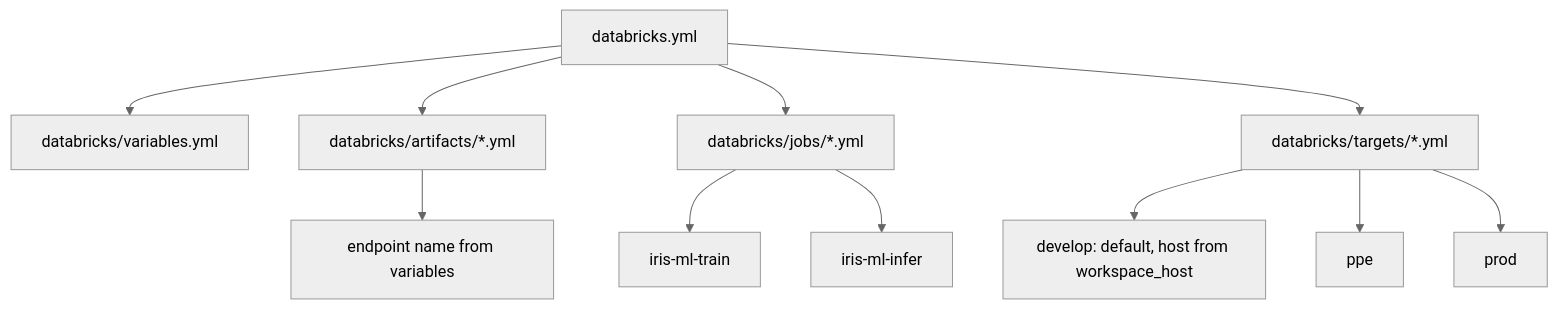
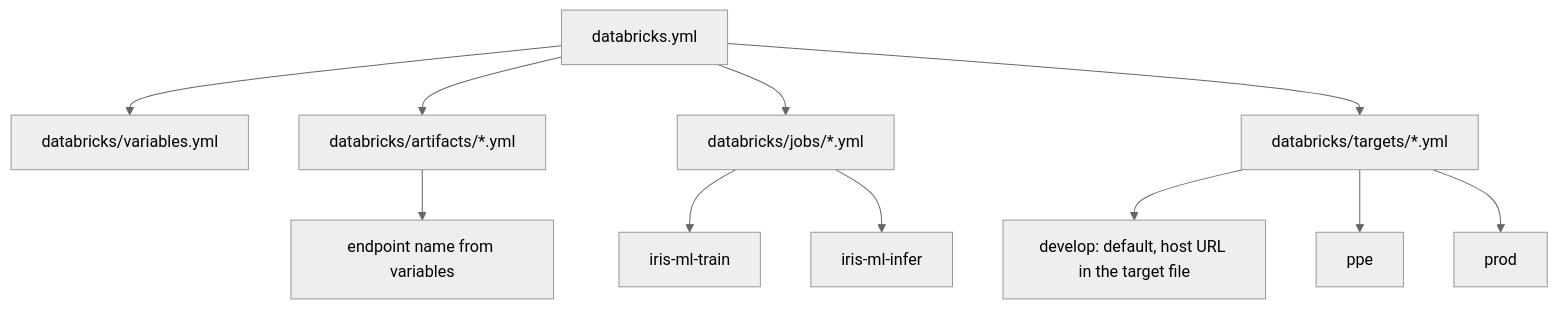
One commit to akumawavez/iris-ml-prod-test changed the first of 4 diagrams in docs/guides/eli25-databricks-productionalisation.md. Above: the diagram before and after it, drawn with Mermaid (neutral theme). The commit also changed other lines of this file and 9 other files, not shown here.

Commit message:
Keep the workspace host as a URL so bundle validate can parse it.

````diff
--- a/docs/guides/eli25-databricks-productionalisation.md
+++ b/docs/guides/eli25-databricks-productionalisation.md
@@ -39,13 +39,13 @@
 ```mermaid
 flowchart TD
   root["databricks.yml"] --> variables["databricks/variables.yml"]
   root --> artifacts["databricks/artifacts/*.yml"]
   root --> jobs["databricks/jobs/*.yml"]
   root --> targets["databricks/targets/*.yml"]
   artifacts --> endpoint["endpoint name from variables"]
   jobs --> train["iris-ml-train"]
   jobs --> infer["iris-ml-infer"]
-  targets --> develop["develop: default, host from workspace_host"]
+  targets --> develop["develop: default, host URL in the target file"]
   targets --> ppe["ppe"]
   targets --> prod["prod"]
 ```
````
